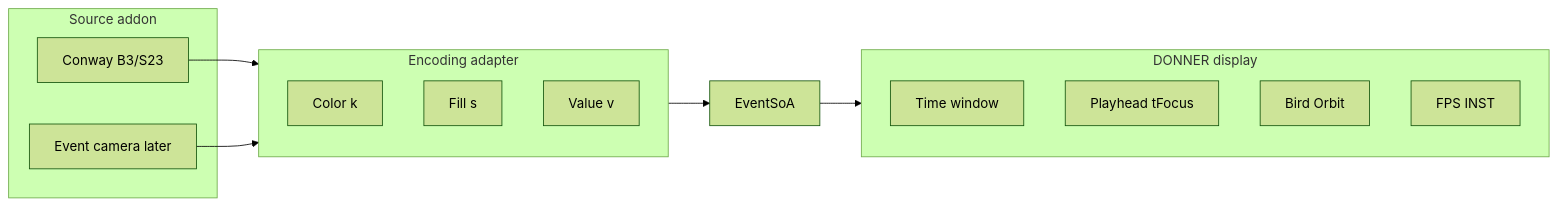
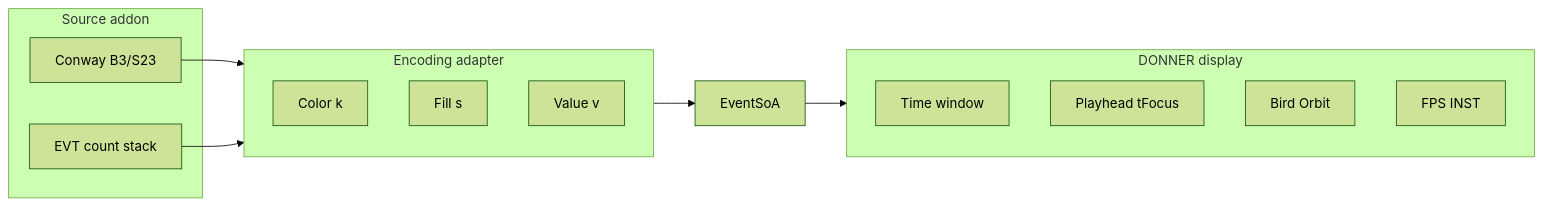
One commit to PiMaV/DONNER changed the third of 18 diagrams in architecture.md. Above: the diagram before and after it, drawn with Mermaid (forest theme). The commit also changed other lines of this file and 25 other files, not shown here.

Commit message:
Add a count-stack source beside Conway so EVT cubes share the volume, and open XR-A passthrough so the same scene can sit on a table.

````diff
--- a/architecture.md
+++ b/architecture.md
@@ -42,22 +42,22 @@
 ```mermaid
 flowchart LR
   subgraph source [Source addon]
     conway[Conway B3/S23]
-    evt[Event camera later]
+    count[EVT count stack]
   end
   subgraph adapter [Encoding adapter]
     mapK[Color k]
     mapS[Fill s]
     mapV[Value v]
   end
   subgraph engine [DONNER display]
     windowNode[Time window]
     playhead[Playhead tFocus]
     viewCam[Bird Orbit]
     hud[FPS INST]
   end
   conway --> adapter
-  evt --> adapter
+  count --> adapter
   adapter --> soa2[EventSoA]
   soa2 --> engine
 ```
````
